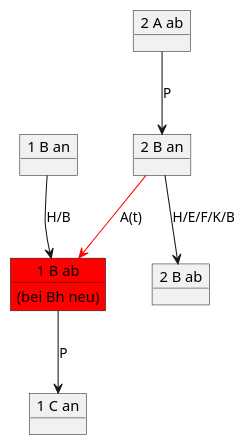
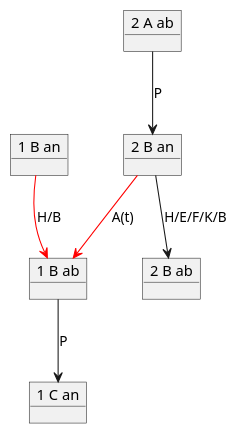
One commit to topological-state/stskit changed the diagram in docs/dispo-ankunft-abwarten.puml. Above: the diagram before and after it, drawn with PlantUML. The commit also changed 1 other file, not shown here.

```diff
--- a/docs/dispo-ankunft-abwarten.puml
+++ b/docs/dispo-ankunft-abwarten.puml
@@ -1,27 +1,25 @@
 @startuml
 'https://plantuml.com/object-diagram
 
 'Ankunft abwarten
 'Anschluss abwarten
 
 'Zug 1
 object "1 B an" as B1an
-object "1 B ab" as B1ab #red {
-(bei Bh neu)
-}
+object "1 B ab" as B1ab
 object "1 C an" as C1an
 
-B1an --> B1ab : H/B
+B1an --[#red]> B1ab : H/B
 B1ab --> C1an : P
 
 'Zug 2
 object "2 A ab" as A2ab
 object "2 B an" as B2an
 object "2 B ab" as B2ab
 
 A2ab --> B2an : P
 B2an --> B2ab : H/E/F/K/B
 
 B2an --[#red]> B1ab : A(t)
 
 @enduml
```
